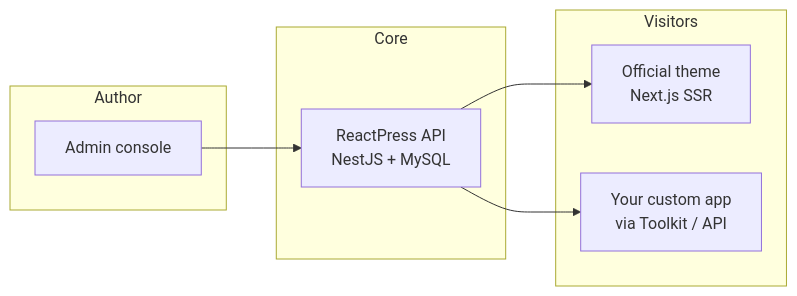
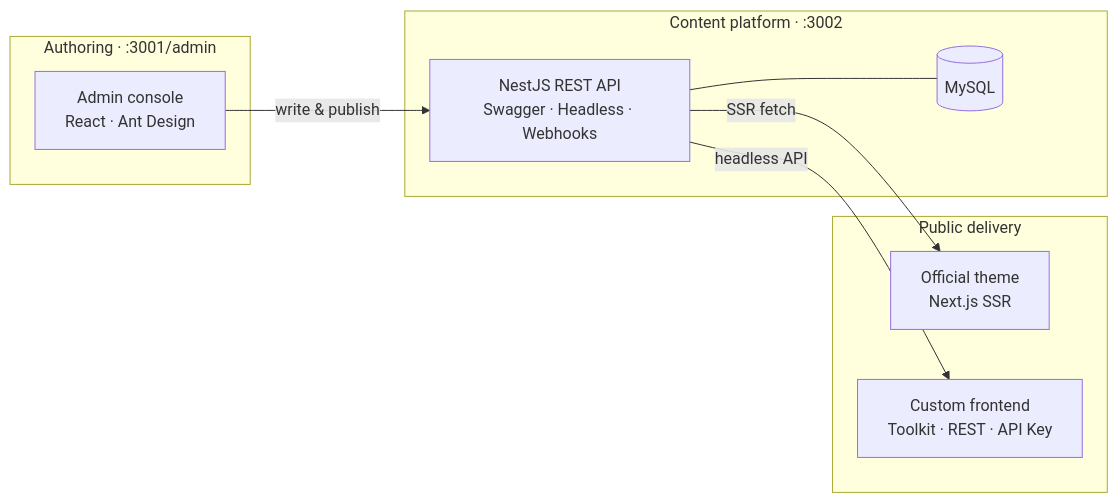
One commit to fecommunity/reactpress changed the diagram in README.md. Above: the diagram before and after it, drawn with Mermaid. The commit also changed other lines of this file and 1 other file, not shown here.

````diff
--- a/README.md
+++ b/README.md
@@ -212,16 +192,21 @@
 ```mermaid
 flowchart LR
-  subgraph Author
-    A[Admin console]
+  subgraph Author["Authoring · :3001/admin"]
+    A["Admin console<br/>React · Ant Design"]
   end
-  subgraph Core
-    B[ReactPress API<br/>NestJS + MySQL]
+
+  subgraph Core["Content platform · :3002"]
+    B["NestJS REST API<br/>Swagger · Headless · Webhooks"]
+    DB[(MySQL)]
+    B --- DB
   end
-  subgraph Visitors
-    C[Official theme<br/>Next.js SSR]
-    D[Your custom app<br/>via Toolkit / API]
+
+  subgraph Delivery["Public delivery"]
+    C["Official theme<br/>Next.js SSR"]
+    D["Custom frontend<br/>Toolkit · REST · API Key"]
   end
-  A --> B
-  B --> C
-  B --> D
+
+  A -->|write & publish| B
+  B -->|SSR fetch| C
+  B -->|headless API| D
 ```
````
